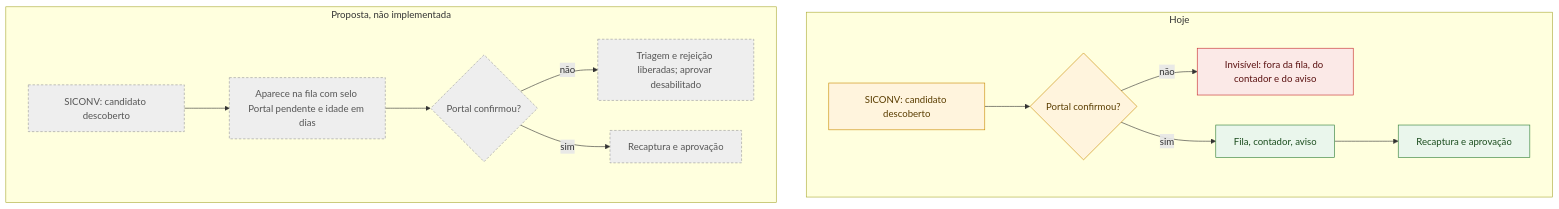
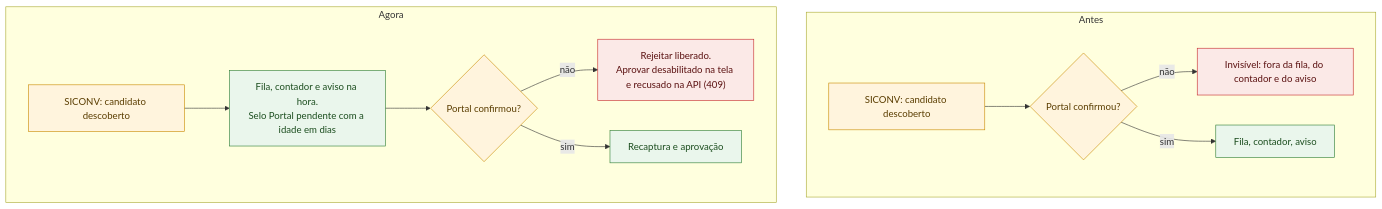
One commit to devs-ministerio/par_equipamentos changed diagram 20 of 20 in docs/mermaid/radar-instrumentos.md. Above: the diagram before and after it, drawn with Mermaid. The commit also changed other lines of this file and 13 other files, not shown here.

First line of the commit message:
feat(radar): candidato aparece sem esperar o Portal; aprovar segue travado

````diff
--- a/docs/mermaid/radar-instrumentos.md
+++ b/docs/mermaid/radar-instrumentos.md
@@ -517,20 +517,18 @@
 ```mermaid
 flowchart TB
     classDef regra fill:#FFF4DD,stroke:#C98A00,color:#5a3d00
     classDef nao fill:#FBE9E7,stroke:#C62828,color:#5a1010
     classDef ok fill:#EAF6EC,stroke:#2E7D32,color:#1b4d1e
-    classDef prop fill:#eee,stroke:#999,color:#555,stroke-dasharray:4 3
 
-    subgraph HOJE["Hoje"]
+    subgraph ANTES["Antes"]
         H1["SICONV: candidato descoberto"]:::regra --> H2{"Portal confirmou?"}:::regra
         H2 -->|"não"| H3["Invisível: fora da fila, do contador e do aviso"]:::nao
         H2 -->|"sim"| H4["Fila, contador, aviso"]:::ok
-        H4 --> H5["Recaptura e aprovação"]:::ok
     end
-    subgraph PROPOSTA["Proposta, não implementada"]
-        P1["SICONV: candidato descoberto"]:::prop --> P2["Aparece na fila com selo Portal pendente e idade em dias"]:::prop
-        P2 --> P3{"Portal confirmou?"}:::prop
-        P3 -->|"não"| P4["Triagem e rejeição liberadas; aprovar desabilitado"]:::prop
-        P3 -->|"sim"| P5["Recaptura e aprovação"]:::prop
+    subgraph AGORA["Agora"]
+        P1["SICONV: candidato descoberto"]:::regra --> P2["Fila, contador e aviso na hora.<br/>Selo Portal pendente com a idade em dias"]:::ok
+        P2 --> P3{"Portal confirmou?"}:::regra
+        P3 -->|"não"| P4["Rejeitar liberado.<br/>Aprovar desabilitado na tela e recusado na API (409)"]:::nao
+        P3 -->|"sim"| P5["Recaptura e aprovação"]:::ok
     end
 ```
````
